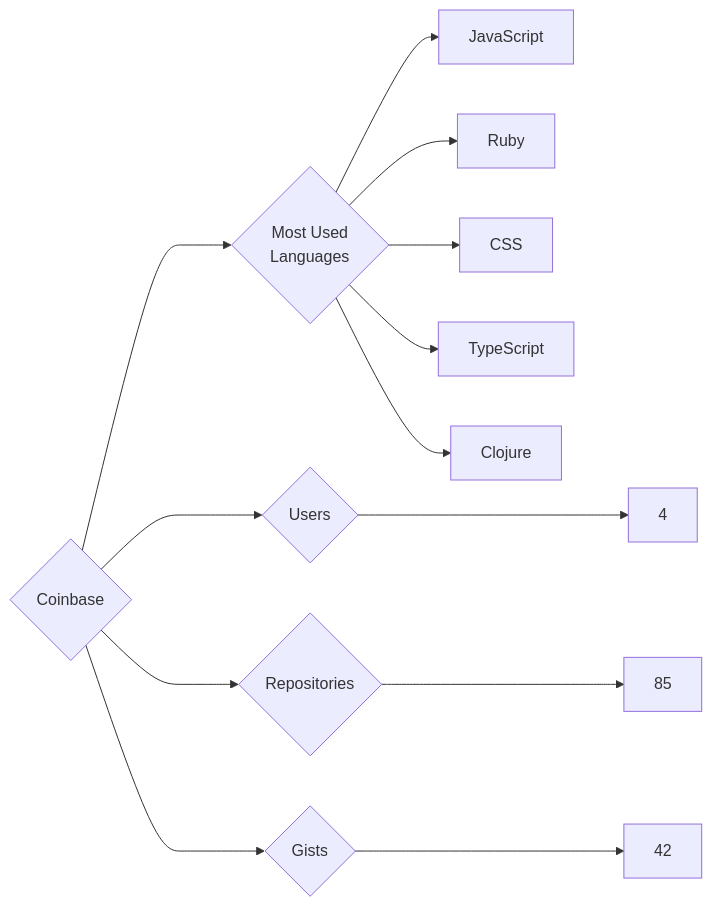
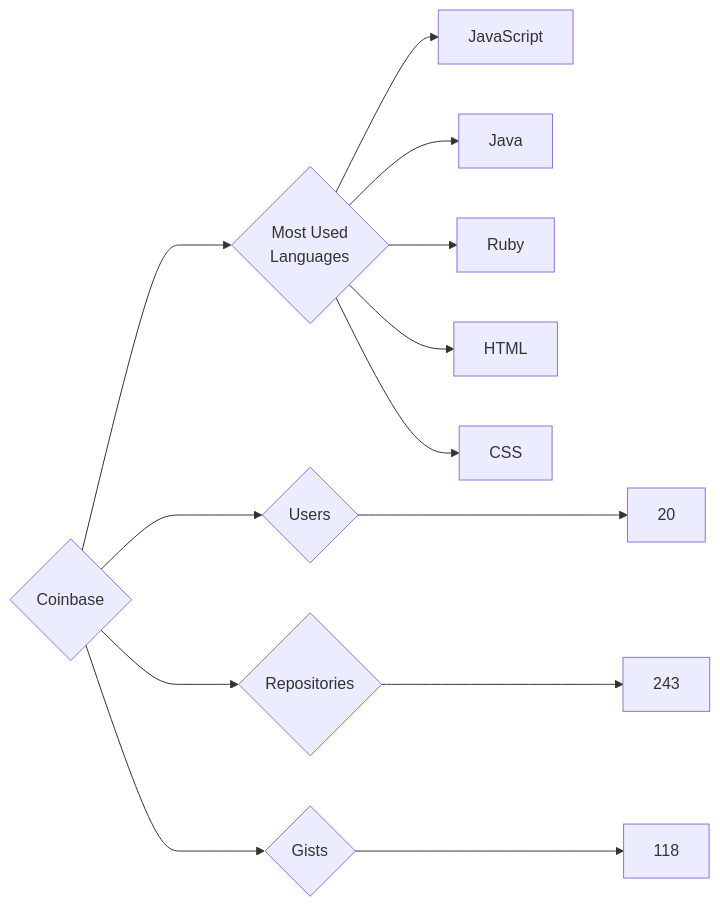
The diagram in targets/Coinbase/README.md (trickest/insiders), drawn with Mermaid before and after one commit. The commit also changed 736 other files, not shown here.

````diff
--- a/targets/Coinbase/README.md
+++ b/targets/Coinbase/README.md
@@ -3,13 +3,13 @@
 ```mermaid
 graph LR
 COMPANY_NAME{Coinbase}
-COMPANY_NAME ---> U{Users} ---> UN[4]
-COMPANY_NAME ---> R{Repositories} ---> RN[85]
-COMPANY_NAME ---> G{Gists} ---> GN[42]
+COMPANY_NAME ---> U{Users} ---> UN[20]
+COMPANY_NAME ---> R{Repositories} ---> RN[243]
+COMPANY_NAME ---> G{Gists} ---> GN[118]
 COMPANY_NAME ---> ML{Most Used<br>Languages}
 ML --> JavaScript[JavaScript]
+ML --> Java[Java]
 ML --> Ruby[Ruby]
+ML --> HTML[HTML]
 ML --> CSS[CSS]
-ML --> TypeScript[TypeScript]
-ML --> Clojure[Clojure]
 ```
````
